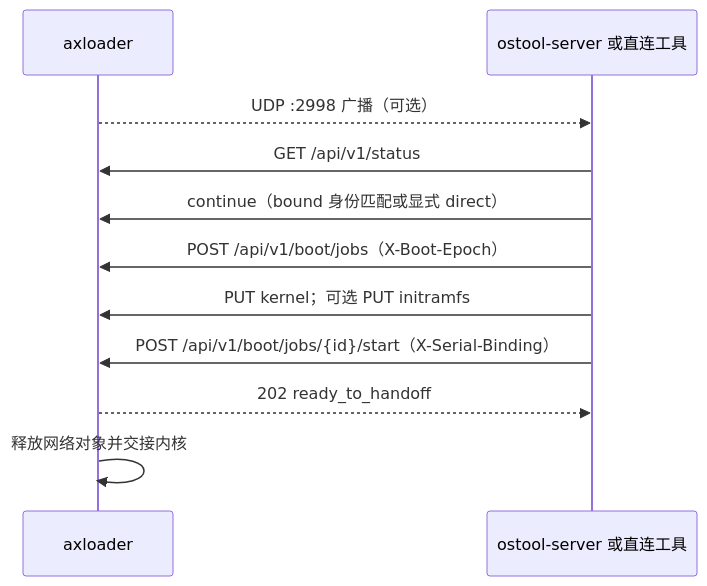
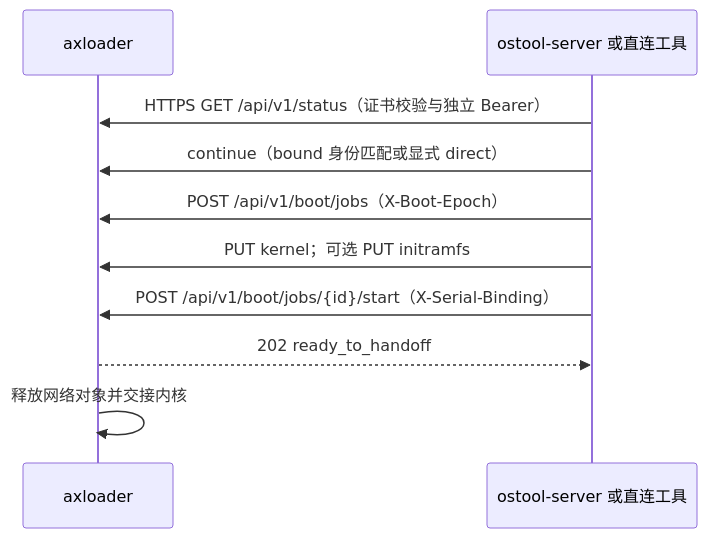
Before and after one commit to drivercraft/ostool: the diagram in docs/axloader-network-control.md, drawn with Mermaid. The commit also changed other lines of this file and 105 other files, not shown here.

````diff
--- a/docs/axloader-network-control.md
+++ b/docs/axloader-network-control.md
@@ -52,13 +46,12 @@
 ```mermaid
 sequenceDiagram
     participant L as axloader
     participant S as ostool-server 或直连工具
-    L-->>S: UDP :2998 广播（可选）
-    S->>L: GET /api/v1/status
+    S->>L: HTTPS GET /api/v1/status（证书校验与独立 Bearer）
     S->>L: continue（bound 身份匹配或显式 direct）
     S->>L: POST /api/v1/boot/jobs（X-Boot-Epoch）
     S->>L: PUT kernel；可选 PUT initramfs
     S->>L: POST /api/v1/boot/jobs/{id}/start（X-Serial-Binding）
     L-->>S: 202 ready_to_handoff
     L->>L: 释放网络对象并交接内核
 ```
````
